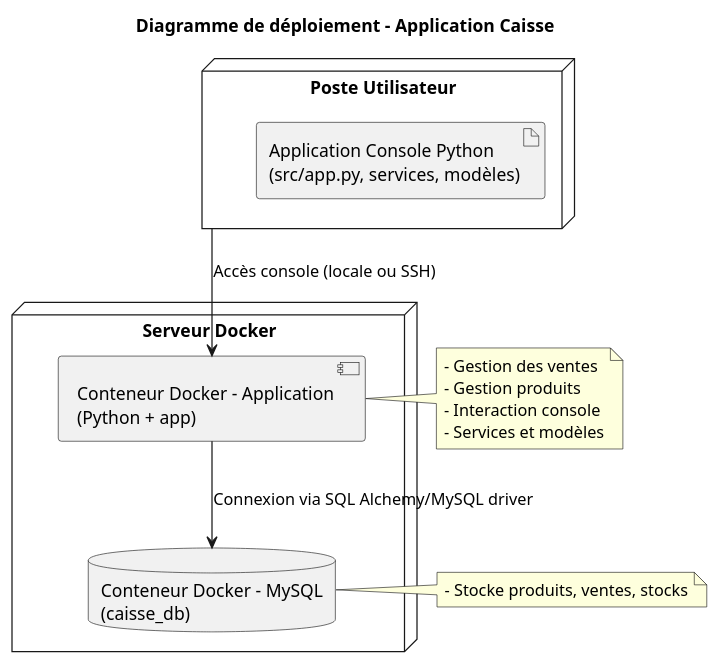
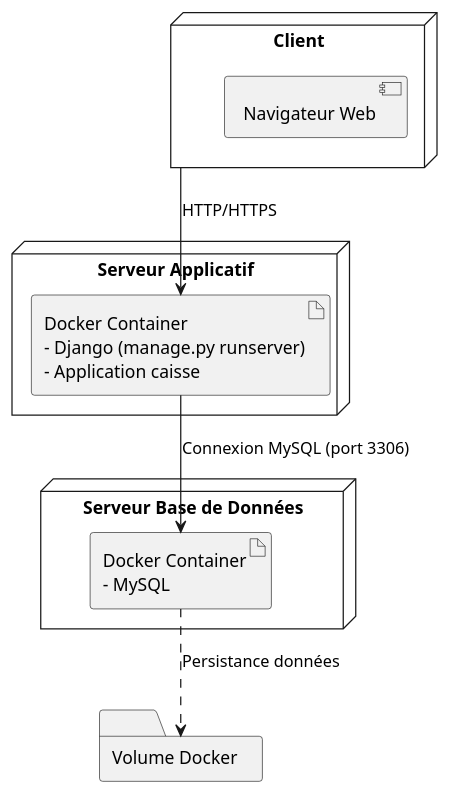
The diagram in docs/UML/diagrammeDeploiementVuePhysique.puml (CedricBosseETS/Lab0_CedricBosse), drawn with PlantUML before and after one commit. The commit also changed 10 other files, not shown here.

```diff
--- a/docs/UML/diagrammeDeploiementVuePhysique.puml
+++ b/docs/UML/diagrammeDeploiementVuePhysique.puml
@@ -1,27 +1,20 @@
 @startuml
-title Diagramme de déploiement - Application Caisse
-
-node "Poste Utilisateur" as client {
-    artifact "Application Console Python\n(src/app.py, services, modèles)" as app
+node "Client" as Client {
+  [Navigateur Web]
 }
 
-node "Serveur Docker" as docker_host {
-    component "Conteneur Docker - Application\n(Python + app)" as container_app
-    database "Conteneur Docker - MySQL\n(caisse_db)" as container_db
+node "Serveur Applicatif" as AppServer {
+  artifact "Docker Container\n- Django (manage.py runserver)\n- Application caisse" as DjangoApp
 }
 
-client --> container_app : Accès console (locale ou SSH)
-container_app --> container_db : Connexion via SQL Alchemy/MySQL driver
+node "Serveur Base de Données" as DBServer {
+  artifact "Docker Container\n- MySQL" as MySQLDB
+}
 
-note right of container_app
-  - Gestion des ventes
-  - Gestion produits
-  - Interaction console
-  - Services et modèles
-end note
+Client --> DjangoApp : HTTP/HTTPS
+DjangoApp --> MySQLDB : Connexion MySQL (port 3306)
 
-note right of container_db
-  - Stocke produits, ventes, stocks
-end note
+folder "Volume Docker" as Volume
+MySQLDB ..> Volume : Persistance données
 
 @enduml
```
